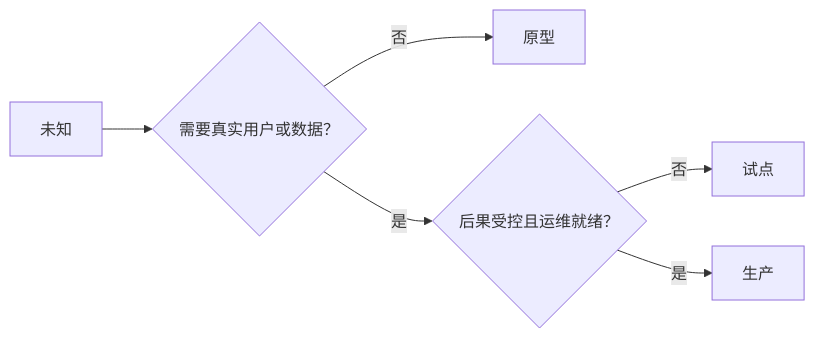
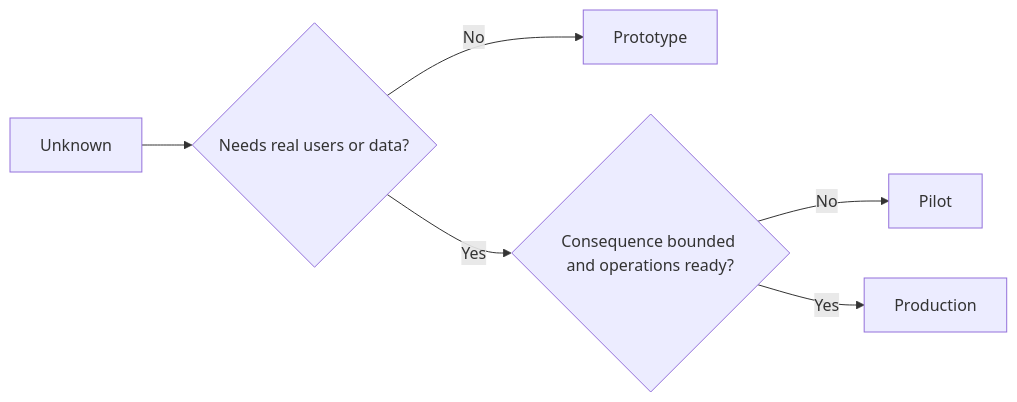
Before and after one commit to xiaojiaenen/ai-engineering-from-scratch-zh: the diagram in i18n/zh/phases/14-agent-engineering/53-prototype-pilot-or-production/docs/zh.md, drawn with Mermaid. The commit also changed other lines of this file and 54 other files, not shown here.

````diff
--- a/i18n/zh/phases/14-agent-engineering/53-prototype-pilot-or-production/docs/zh.md
+++ b/i18n/zh/phases/14-agent-engineering/53-prototype-pilot-or-production/docs/zh.md
@@ -64,8 +64,8 @@
 ```mermaid
 flowchart LR
-  U[未知] --> R{需要真实用户或数据？}
-  R -->|否| P[原型]
-  R -->|是| C{后果受控且运维就绪？}
-  C -->|否| L[试点]
-  C -->|是| D[生产]
+  U[Unknown] --> R{Needs real users or data?}
+  R -->|No| P[Prototype]
+  R -->|Yes| C{Consequence bounded and operations ready?}
+  C -->|No| L[Pilot]
+  C -->|Yes| D[Production]
 ```
````
